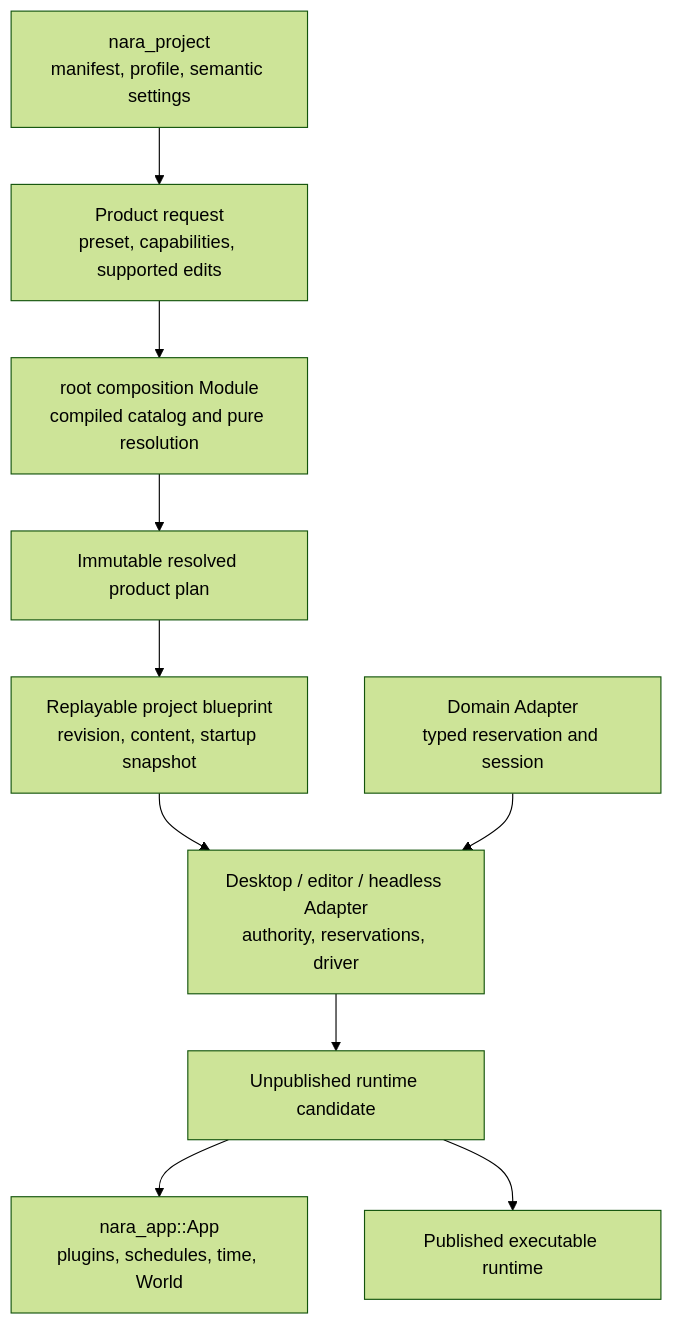
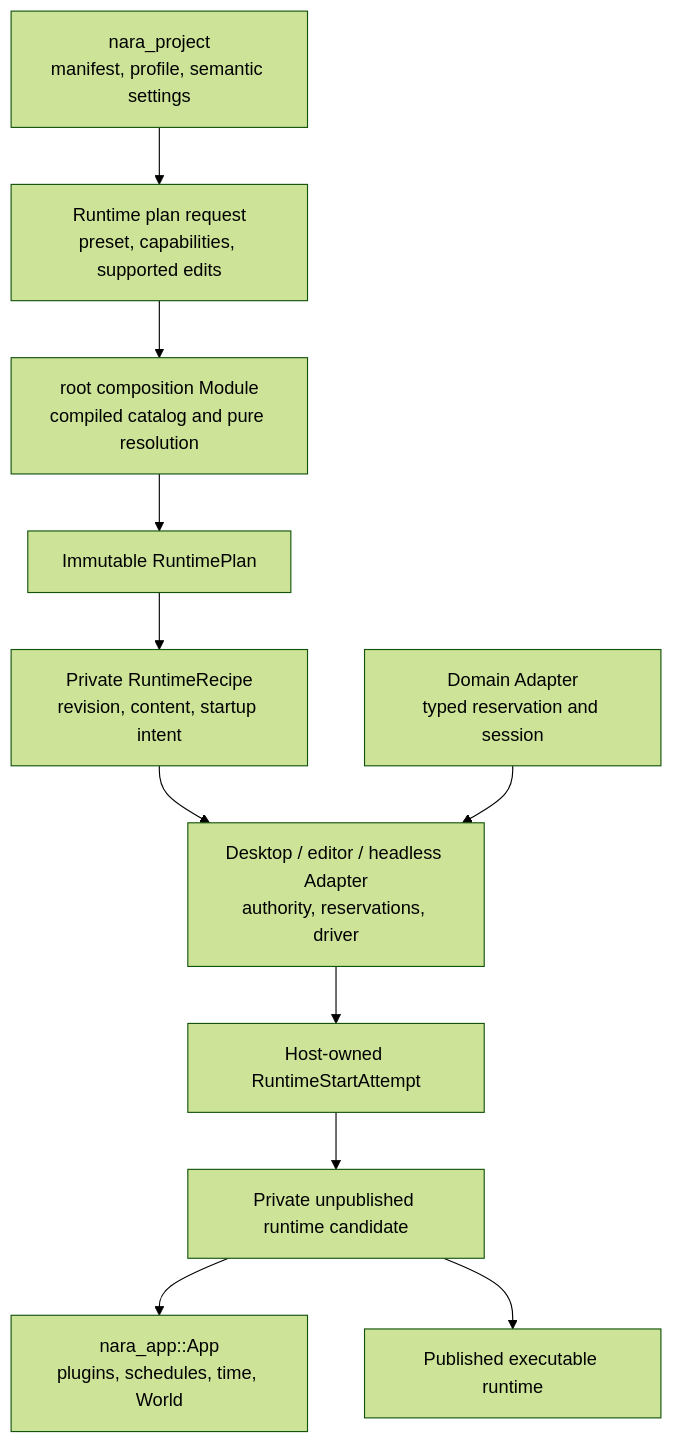
Before and after one commit to Latias94/nara: the first of 3 diagrams in docs/architecture/runtime-composition-interface-design.md, drawn with Mermaid (forest theme). The commit also changed other lines of this file and 15 other files, not shown here.

First line of the commit message:
docs(architecture): tighten runtime and authoring interfaces

````diff
--- a/docs/architecture/runtime-composition-interface-design.md
+++ b/docs/architecture/runtime-composition-interface-design.md
@@ -153,23 +154,25 @@
 ```mermaid
 flowchart TD
     Project[nara_project<br/>manifest, profile, semantic settings]
-    Request[Product request<br/>preset, capabilities, supported edits]
+    Request[Runtime plan request<br/>preset, capabilities, supported edits]
     Root[root composition Module<br/>compiled catalog and pure resolution]
-    Plan[Immutable resolved product plan]
-    Blueprint[Replayable project blueprint<br/>revision, content, startup snapshot]
+    Plan[Immutable RuntimePlan]
+    Recipe[Private RuntimeRecipe<br/>revision, content, startup intent]
     Host[Desktop / editor / headless Adapter<br/>authority, reservations, driver]
-    Candidate[Unpublished runtime candidate]
+    Start[Host-owned RuntimeStartAttempt]
+    Candidate[Private unpublished runtime candidate]
     App[nara_app::App<br/>plugins, schedules, time, World]
     Runtime[Published executable runtime]
     Domain[Domain Adapter<br/>typed reservation and session]
 
     Project --> Request
     Request --> Root
     Root --> Plan
-    Plan --> Blueprint
-    Blueprint --> Host
+    Plan --> Recipe
+    Recipe --> Host
     Domain --> Host
-    Host --> Candidate
+    Host --> Start
+    Start --> Candidate
     Candidate --> App
     Candidate --> Runtime
 ```
````
